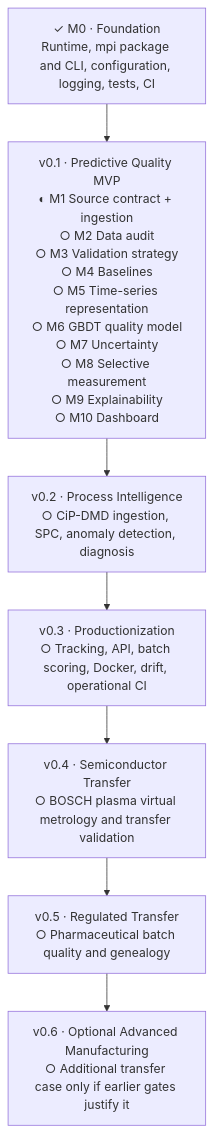
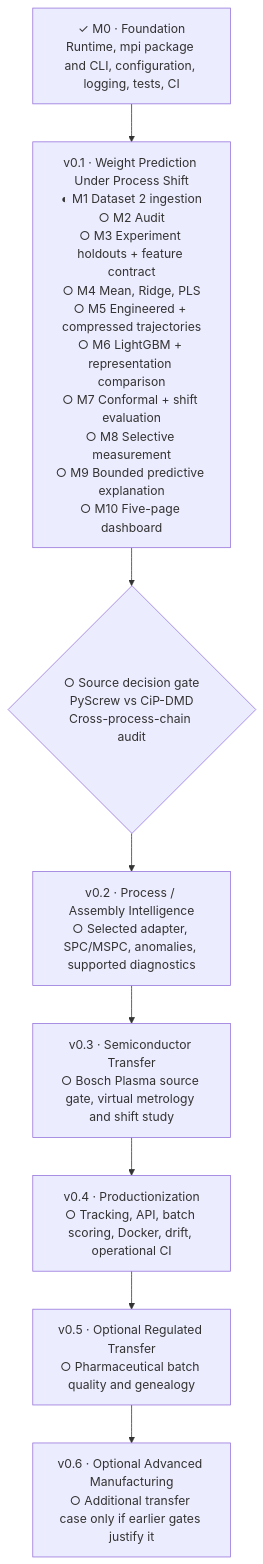
Before and after one commit to stevennitesh/manufacturing-process-intelligence: the diagram in docs/implementation-roadmap.md, drawn with Mermaid. The commit also changed other lines of this file and 6 other files, not shown here.

Commit message:
Reconcile Dataset 2 evidence and weight-only MVP roadmap

````diff
--- a/docs/implementation-roadmap.md
+++ b/docs/implementation-roadmap.md
@@ -21,14 +30,15 @@
 ```mermaid
 flowchart TB
     F["✓ M0 · Foundation<br/>Runtime, mpi package and CLI, configuration, logging, tests, CI"]
 
-    MVP["v0.1 · Predictive Quality MVP<br/>◐ M1 Source contract + ingestion<br/>○ M2 Data audit<br/>○ M3 Validation strategy<br/>○ M4 Baselines<br/>○ M5 Time-series representation<br/>○ M6 GBDT quality model<br/>○ M7 Uncertainty<br/>○ M8 Selective measurement<br/>○ M9 Explainability<br/>○ M10 Dashboard"]
+    MVP["v0.1 · Weight Prediction Under Process Shift<br/>◐ M1 Dataset 2 ingestion<br/>○ M2 Audit<br/>○ M3 Experiment holdouts + feature contract<br/>○ M4 Mean, Ridge, PLS<br/>○ M5 Engineered + compressed trajectories<br/>○ M6 LightGBM + representation comparison<br/>○ M7 Conformal + shift evaluation<br/>○ M8 Selective measurement<br/>○ M9 Bounded predictive explanation<br/>○ M10 Five-page dashboard"]
 
-    PI["v0.2 · Process Intelligence<br/>○ CiP-DMD ingestion, SPC, anomaly detection, diagnosis"]
-    PROD["v0.3 · Productionization<br/>○ Tracking, API, batch scoring, Docker, drift, operational CI"]
-    SEMI["v0.4 · Semiconductor Transfer<br/>○ BOSCH plasma virtual metrology and transfer validation"]
-    PHARMA["v0.5 · Regulated Transfer<br/>○ Pharmaceutical batch quality and genealogy"]
+    AUDIT{"○ Source decision gate<br/>PyScrew vs CiP-DMD<br/>Cross-process-chain audit"}
+    PI["v0.2 · Process / Assembly Intelligence<br/>○ Selected adapter, SPC/MSPC, anomalies, supported diagnostics"]
+    SEMI["v0.3 · Semiconductor Transfer<br/>○ Bosch Plasma source gate, virtual metrology and shift study"]
+    PROD["v0.4 · Productionization<br/>○ Tracking, API, batch scoring, Docker, drift, operational CI"]
+    PHARMA["v0.5 · Optional Regulated Transfer<br/>○ Pharmaceutical batch quality and genealogy"]
     ADV["v0.6 · Optional Advanced Manufacturing<br/>○ Additional transfer case only if earlier gates justify it"]
 
-    F --> MVP --> PI --> PROD --> SEMI --> PHARMA --> ADV
+    F --> MVP --> AUDIT --> PI --> SEMI --> PROD --> PHARMA --> ADV
 ```
````
